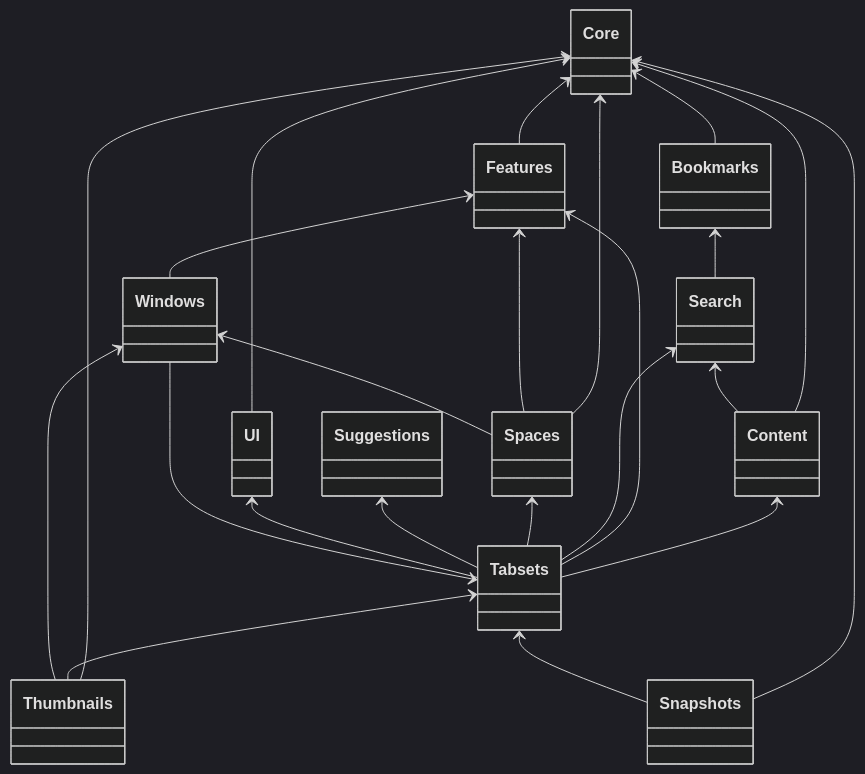
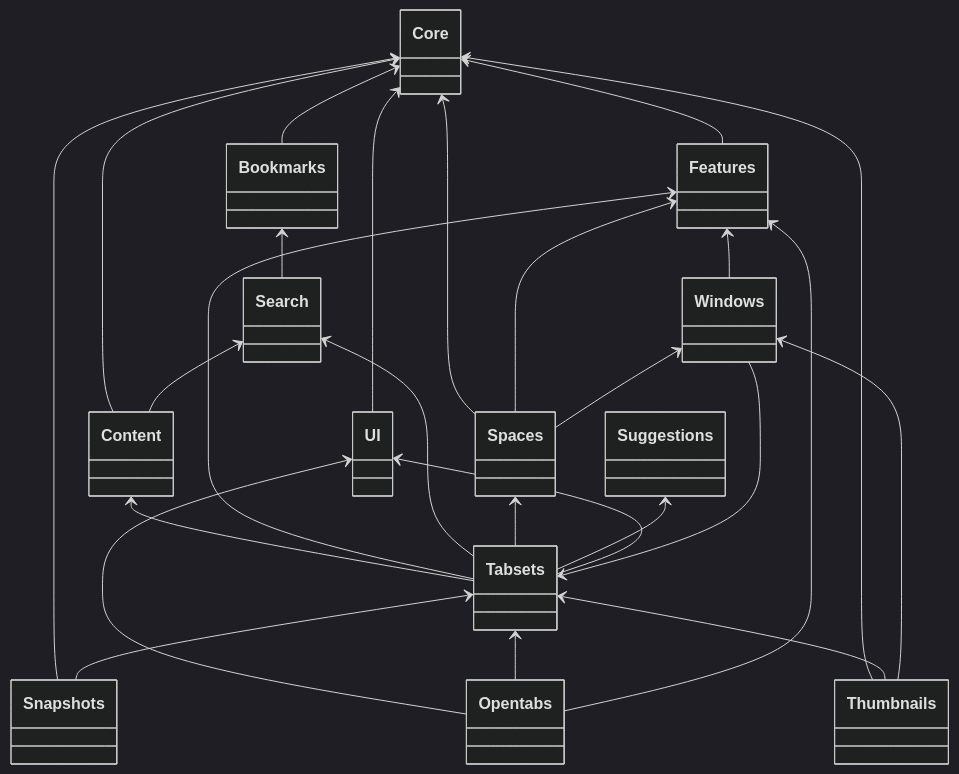
Before and after one commit to evandor/tabsets: the diagram in docs/submodules/index.md, drawn with Mermaid (dark theme). The commit also changed 7 other files, not shown here.

````diff
--- a/docs/submodules/index.md
+++ b/docs/submodules/index.md
@@ -13,33 +13,37 @@
 ```mermaid
 classDiagram
   Core <-- Features
   Features <-- Windows
   Tabsets <-- Windows
 
   Core <-- Thumbnails
   Tabsets <-- Thumbnails
   Windows <-- Thumbnails
 
   Content <-- Tabsets
   Features <-- Tabsets
   Search <-- Tabsets
   Spaces <-- Tabsets
   Suggestions <-- Tabsets
   UI <-- Tabsets
 
   Core <-- Spaces
   Features <-- Spaces
   Windows <-- Spaces
 
   Core <-- Bookmarks
   Bookmarks <-- Search
 
   Core <-- Content
   Search <-- Content
 
   Core <-- Snapshots
   Tabsets <-- Snapshots
 
+  UI <-- Opentabs
+  Tabsets <-- Opentabs
+  Features <-- Opentabs
+
   Core <-- UI
 
 ```
````
